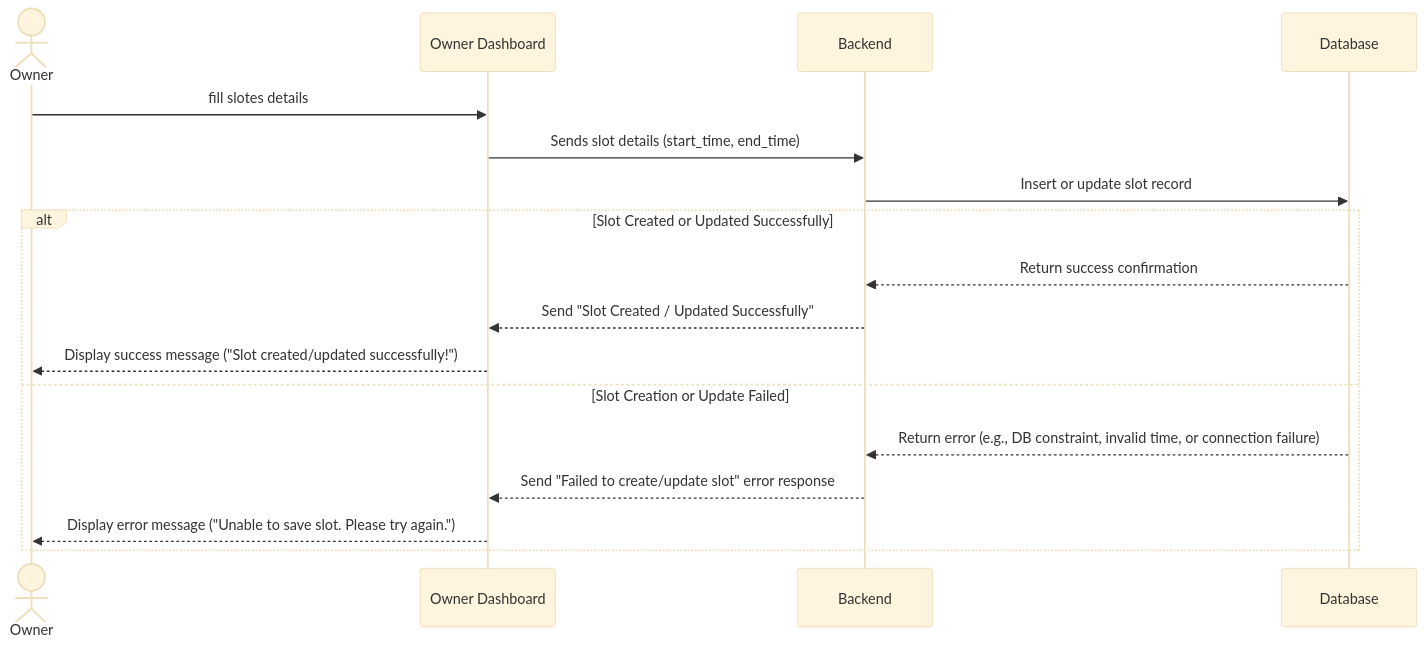
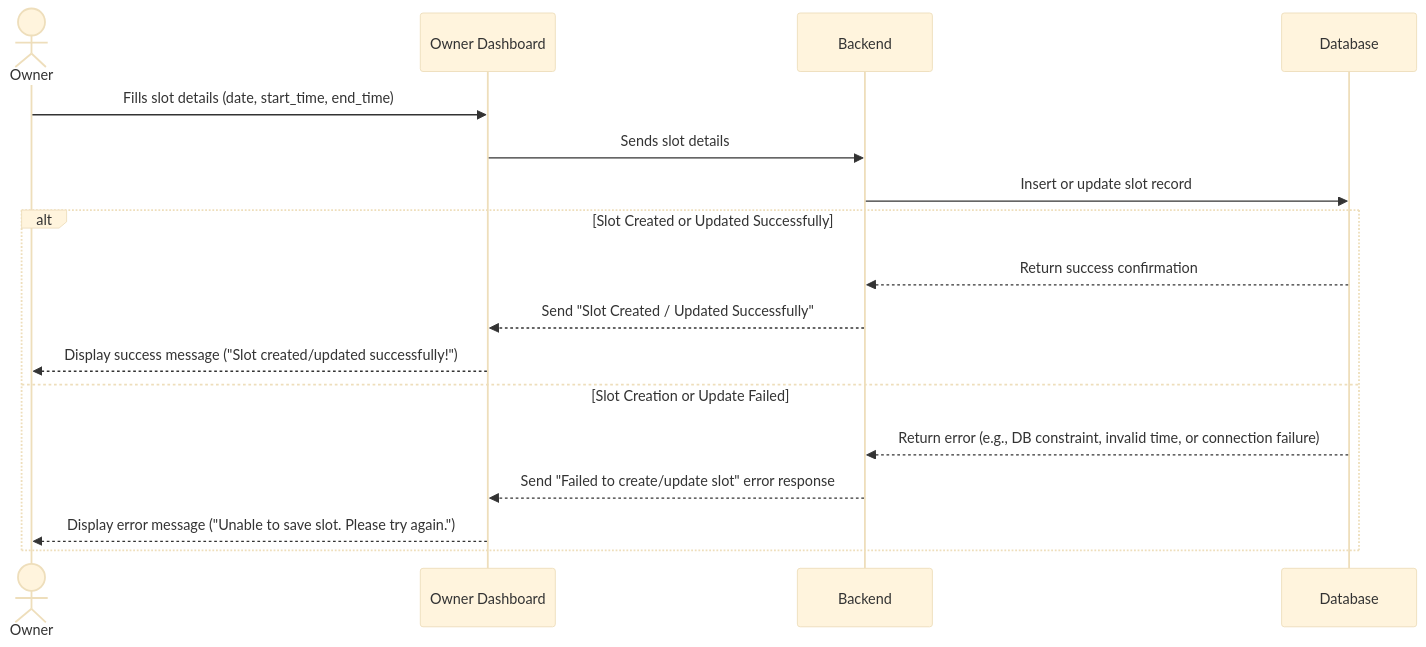
One commit to yuvrajsingh-Gkmit/gamegrid-docs changed the seventh of 8 diagrams in docs/index.md. Above: the diagram before and after it, drawn with Mermaid. The commit also changed other lines of this file and 1 other file, not shown here.

````diff
--- a/docs/index.md
+++ b/docs/index.md
@@ -697,23 +667,23 @@
 ```mermaid
 %%{init: {'theme':'base', 'themeVariables': { 'fontSize':'18px', 'fontFamily':'Arial'}}}%%
 sequenceDiagram
     actor Owner
     participant UI as Owner Dashboard
     participant API as Backend
     participant DB as Database
 
-    Owner->>UI: fill slotes details 
-    UI->>API: Sends slot details (start_time, end_time)
+    Owner->>UI: Fills slot details (date, start_time, end_time)
+    UI->>API: Sends slot details
     API->>DB: Insert or update slot record
 
     alt Slot Created or Updated Successfully
         DB-->>API: Return success confirmation
         API-->>UI: Send "Slot Created / Updated Successfully"
         UI-->>Owner: Display success message ("Slot created/updated successfully!")
     else Slot Creation or Update Failed
         DB-->>API: Return error (e.g., DB constraint, invalid time, or connection failure)
         API-->>UI: Send "Failed to create/update slot" error response
         UI-->>Owner: Display error message ("Unable to save slot. Please try again.")
     end
 
 ```
````
